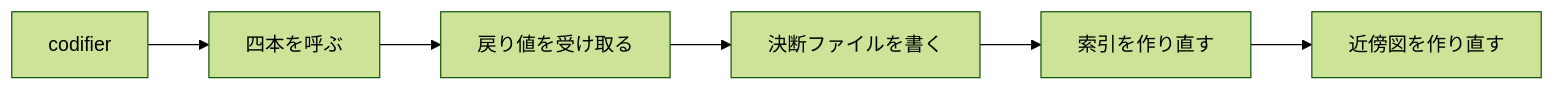
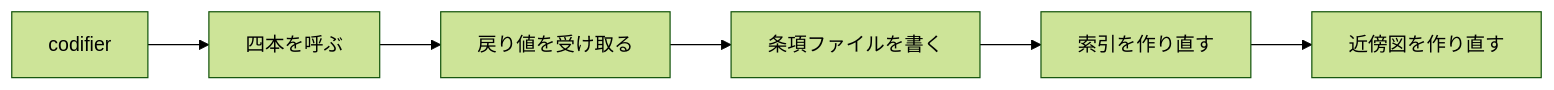
Before and after one commit to gameundwatch/codifier: the diagram in docs/archivist/L2_designs/codifier.md, drawn with Mermaid (forest theme). The commit also changed other lines of this file and 77 other files, not shown here.

````diff
--- a/docs/archivist/L2_designs/codifier.md
+++ b/docs/archivist/L2_designs/codifier.md
@@ -24,8 +24,8 @@
 ```mermaid
 flowchart LR
     O[codifier] --> C1[四本を呼ぶ]
     C1 --> C2[戻り値を受け取る]
-    C2 --> C3[決断ファイルを書く]
+    C2 --> C3[条項ファイルを書く]
     C3 --> C4[索引を作り直す]
     C4 --> C5[近傍図を作り直す]
 ```
````
